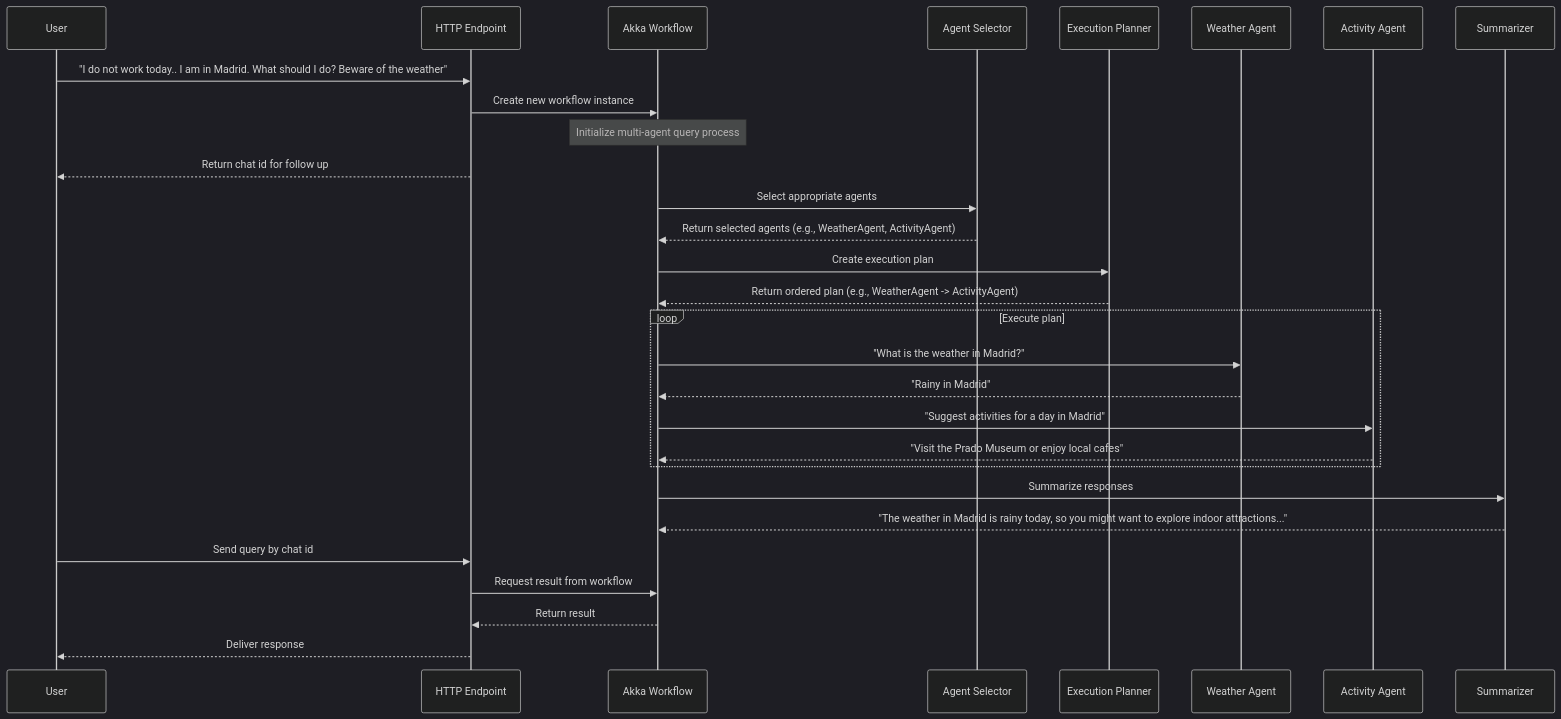
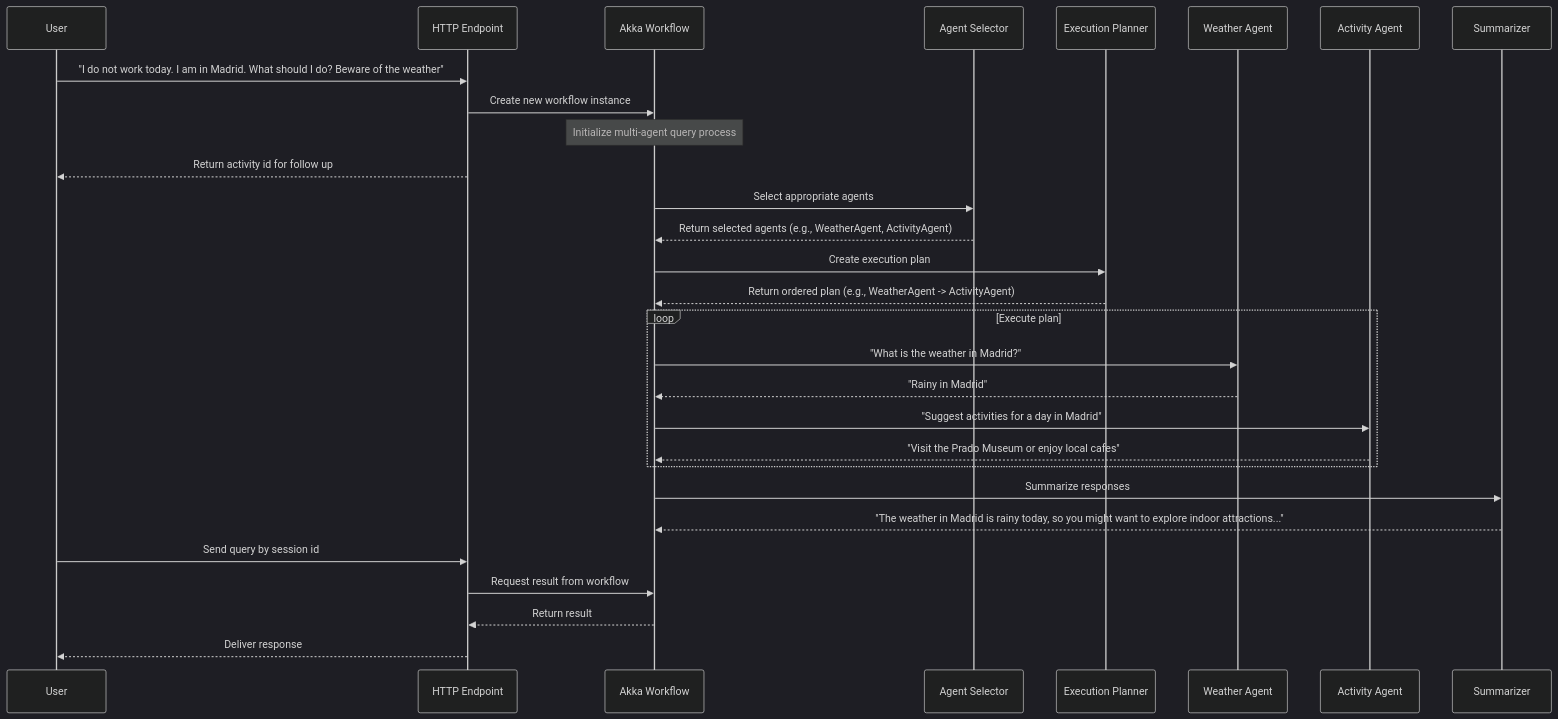
The diagram in README.md (akka-samples/multi-agent), drawn with Mermaid (dark theme) before and after one commit. The commit also changed other lines of this file and 22 other files, not shown here.

````diff
--- a/README.md
+++ b/README.md
@@ -28,38 +28,38 @@
 ```mermaid
 sequenceDiagram
     participant User
     participant HTTPEndpoint as HTTP Endpoint
     participant Workflow as Akka Workflow
     participant Selector as Agent Selector
     participant Planner as Execution Planner
     participant WeatherAgent as Weather Agent
     participant ActivityAgent as Activity Agent
     participant Summarizer as Summarizer
 
-    User->>HTTPEndpoint: "I do not work today.. I am in Madrid. What should I do? Beware of the weather"
+    User->>HTTPEndpoint: "I do not work today. I am in Madrid. What should I do? Beware of the weather"
     HTTPEndpoint->>Workflow: Create new workflow instance
     Note over Workflow: Initialize multi-agent query process
-    HTTPEndpoint-->>User: Return chat id for follow up 
+    HTTPEndpoint-->>User: Return activity id for follow up 
 
     Workflow->>Selector: Select appropriate agents
     Selector-->>Workflow: Return selected agents (e.g., WeatherAgent, ActivityAgent)
 
     Workflow->>Planner: Create execution plan
     Planner-->>Workflow: Return ordered plan (e.g., WeatherAgent -> ActivityAgent)
 
     loop Execute plan
         Workflow->>WeatherAgent: "What is the weather in Madrid?"
         WeatherAgent-->>Workflow: "Rainy in Madrid"
 
         Workflow->>ActivityAgent: "Suggest activities for a day in Madrid"
         ActivityAgent-->>Workflow: "Visit the Prado Museum or enjoy local cafes"
     end
 
     Workflow->>Summarizer: Summarize responses
     Summarizer-->>Workflow: "The weather in Madrid is rainy today, so you might want to explore indoor attractions..."
 
-    User->>HTTPEndpoint: Send query by chat id
+    User->>HTTPEndpoint: Send query by session id
     HTTPEndpoint->>Workflow: Request result from workflow
     Workflow-->>HTTPEndpoint: Return result
     HTTPEndpoint-->>User: Deliver response
 ```
````
